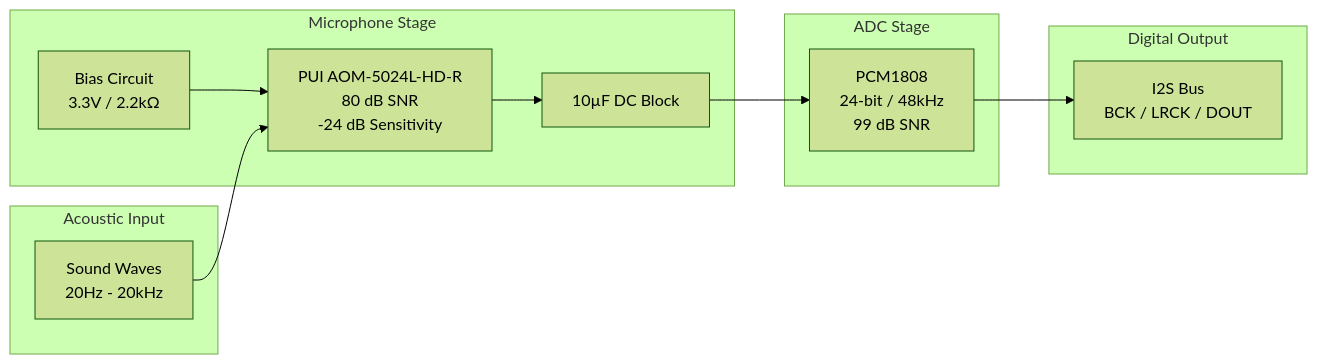
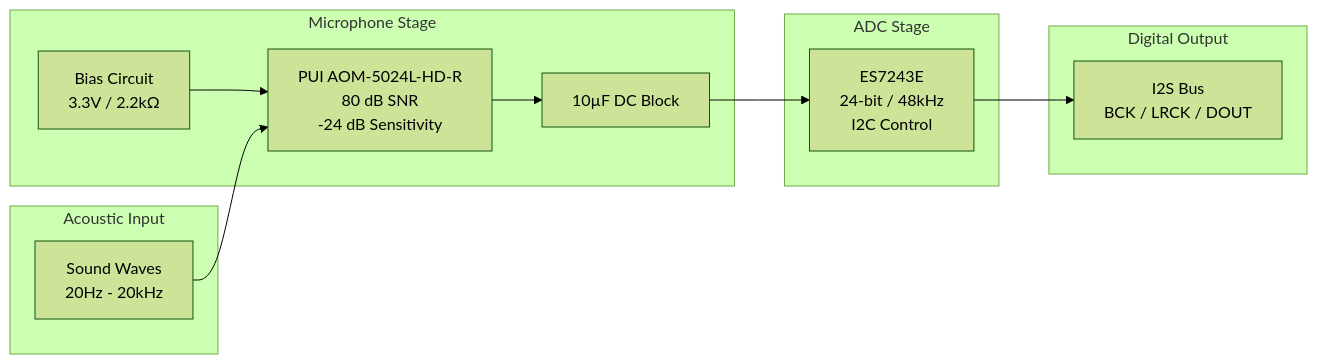
The second of 7 diagrams in QuailARU_Design_Document.md (chriskinal/QuailTracker), drawn with Mermaid (forest theme) before and after one commit. The commit also changed other lines of this file and 2 other files, not shown here.

First line of the commit message:
Update design doc with ES7243E ADC and add schematic reference

````diff
--- a/QuailARU_Design_Document.md
+++ b/QuailARU_Design_Document.md
@@ -98,26 +99,26 @@
 ```mermaid
 flowchart LR
     subgraph Acoustic["Acoustic Input"]
         SOUND["Sound Waves<br/>20Hz - 20kHz"]
     end
 
     subgraph Microphone["Microphone Stage"]
         MIC["PUI AOM-5024L-HD-R<br/>80 dB SNR<br/>-24 dB Sensitivity"]
         BIAS["Bias Circuit<br/>3.3V / 2.2kΩ"]
         CAP["10µF DC Block"]
         BIAS --> MIC
         MIC --> CAP
     end
 
     subgraph ADC["ADC Stage"]
-        PCM["PCM1808<br/>24-bit / 48kHz<br/>99 dB SNR"]
+        ES["ES7243E<br/>24-bit / 48kHz<br/>I2C Control"]
     end
 
     subgraph Digital["Digital Output"]
         I2S["I2S Bus<br/>BCK / LRCK / DOUT"]
     end
 
     SOUND --> MIC
-    CAP --> PCM
-    PCM --> I2S
+    CAP --> ES
+    ES --> I2S
 ```
````
